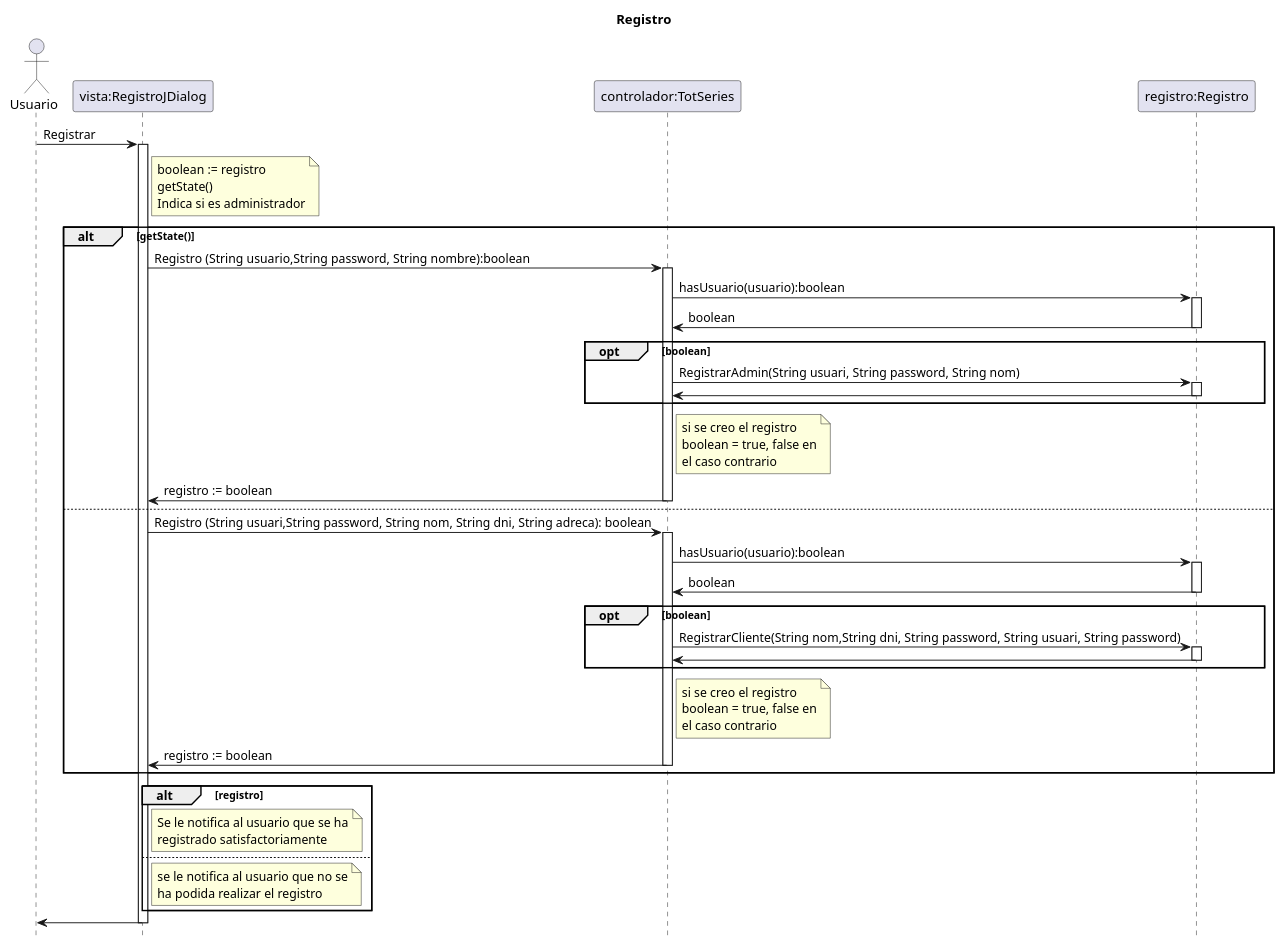
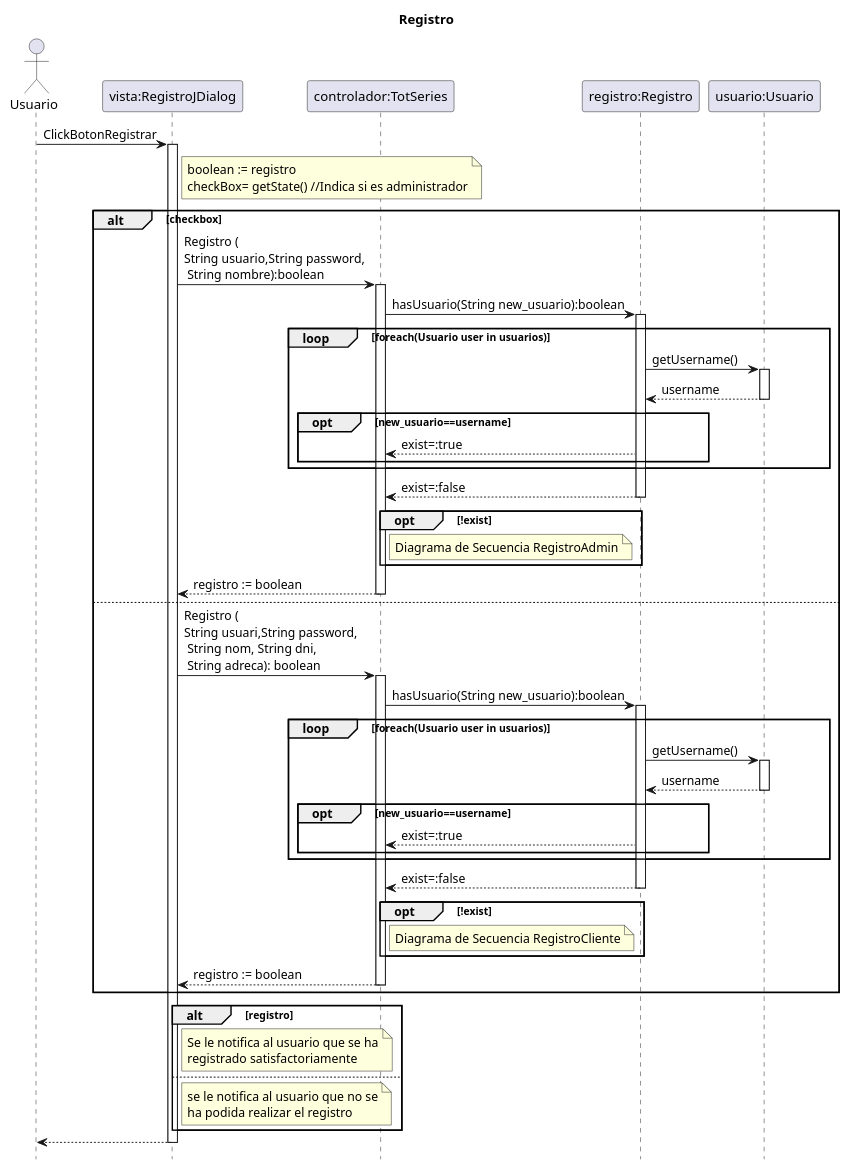
The diagram in src/totseries/Uml/Secuencia/Diagrama de secuencia Registro.puml (MrViciao/TotSeries), drawn with PlantUML before and after one commit. The commit also changed 4 other files, not shown here.

```diff
--- a/src/totseries/Uml/Secuencia/Diagrama de secuencia Registro.puml
+++ b/src/totseries/Uml/Secuencia/Diagrama de secuencia Registro.puml
@@ -1,72 +1,84 @@
 @startuml
 title		Registro
 hide	footbox
 
 actor	Usuario as usuario
 participant "vista:RegistroJDialog" as vista
 participant "controlador:TotSeries" as totseries
 participant "registro:Registro" as registro
+participant "usuario:Usuario" as user
 
-usuario -> vista : Registrar
+usuario -> vista : ClickBotonRegistrar
 activate vista
 note right vista
     boolean := registro
-    getState()
-    Indica si es administrador
+    checkBox= getState() //Indica si es administrador
 end note
-alt getState()
-    vista -> totseries : Registro (String usuario,String password, String nombre):boolean
+alt checkbox
+    vista -> totseries : Registro (\nString usuario,String password,\n String nombre):boolean
     activate totseries
-    totseries -> registro : hasUsuario(usuario):boolean
+
+    totseries -> registro : hasUsuario(String new_usuario):boolean
     activate registro
-    registro -> totseries :boolean
+    loop foreach(Usuario user in usuarios)
+        registro -> user: getUsername()
+        activate user
+        user --> registro: username
+        deactivate user
+        opt new_usuario==username
+            registro --> totseries: exist=:true
+            end opt
+    end loop
+    registro --> totseries: exist=:false
     deactivate registro
-    opt boolean
-        totseries -> registro :RegistrarAdmin(String usuari, String password, String nom)
-        activate registro
-        registro -> totseries
-        deactivate registro
-    end opt
-    note right totseries
-        si se creo el registro
-        boolean = true, false en
-        el caso contrario
-    end note
-    totseries -> vista : registro := boolean
+
+    opt !exist
+        note right totseries
+            Diagrama de Secuencia RegistroAdmin
+        end note
+       end opt
+
+    totseries --> vista : registro := boolean
     deactivate totseries
 else
-    vista -> totseries : Registro (String usuari,String password, String nom, String dni, String adreca): boolean
+    vista -> totseries : Registro (\nString usuari,String password,\n String nom, String dni,\n String adreca): boolean
     activate totseries
-    totseries -> registro : hasUsuario(usuario):boolean
+
+    totseries -> registro : hasUsuario(String new_usuario):boolean
     activate registro
-    registro -> totseries :boolean
+    loop foreach(Usuario user in usuarios)
+        registro -> user: getUsername()
+        activate user
+        user --> registro: username
+        deactivate user
+        opt new_usuario==username
+            registro --> totseries: exist=:true
+            end opt
+    end loop
+    registro --> totseries: exist=:false
     deactivate registro
-    opt boolean
-        totseries -> registro :RegistrarCliente(String nom,String dni, String password, String usuari, String password)
-        activate registro
-        registro -> totseries
-        deactivate registro
-    end opt
-    note right totseries
-        si se creo el registro
-        boolean = true, false en
-        el caso contrario
-    end note
-    totseries -> vista : registro := boolean
+
+    opt !exist
+        note right totseries
+            Diagrama de Secuencia RegistroCliente
+        end note
+       end opt
+    totseries --> vista : registro := boolean
     deactivate totseries
 end alt
+
 alt registro
     note right vista
     Se le notifica al usuario que se ha
     registrado satisfactoriamente
     end note
 else
     note right vista
     se le notifica al usuario que no se
     ha podida realizar el registro
     end note
 end alt
-vista -> usuario
+vista --> usuario
 deactivate vista
 
 @enduml
```
